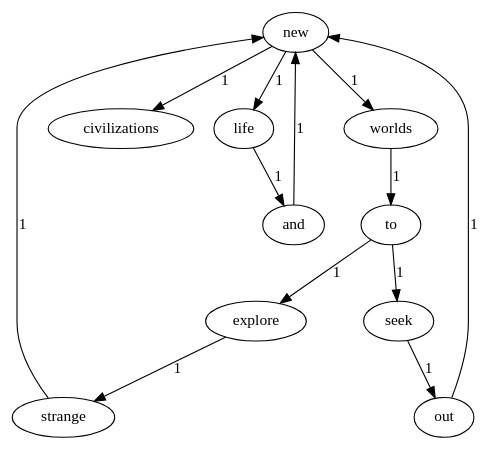
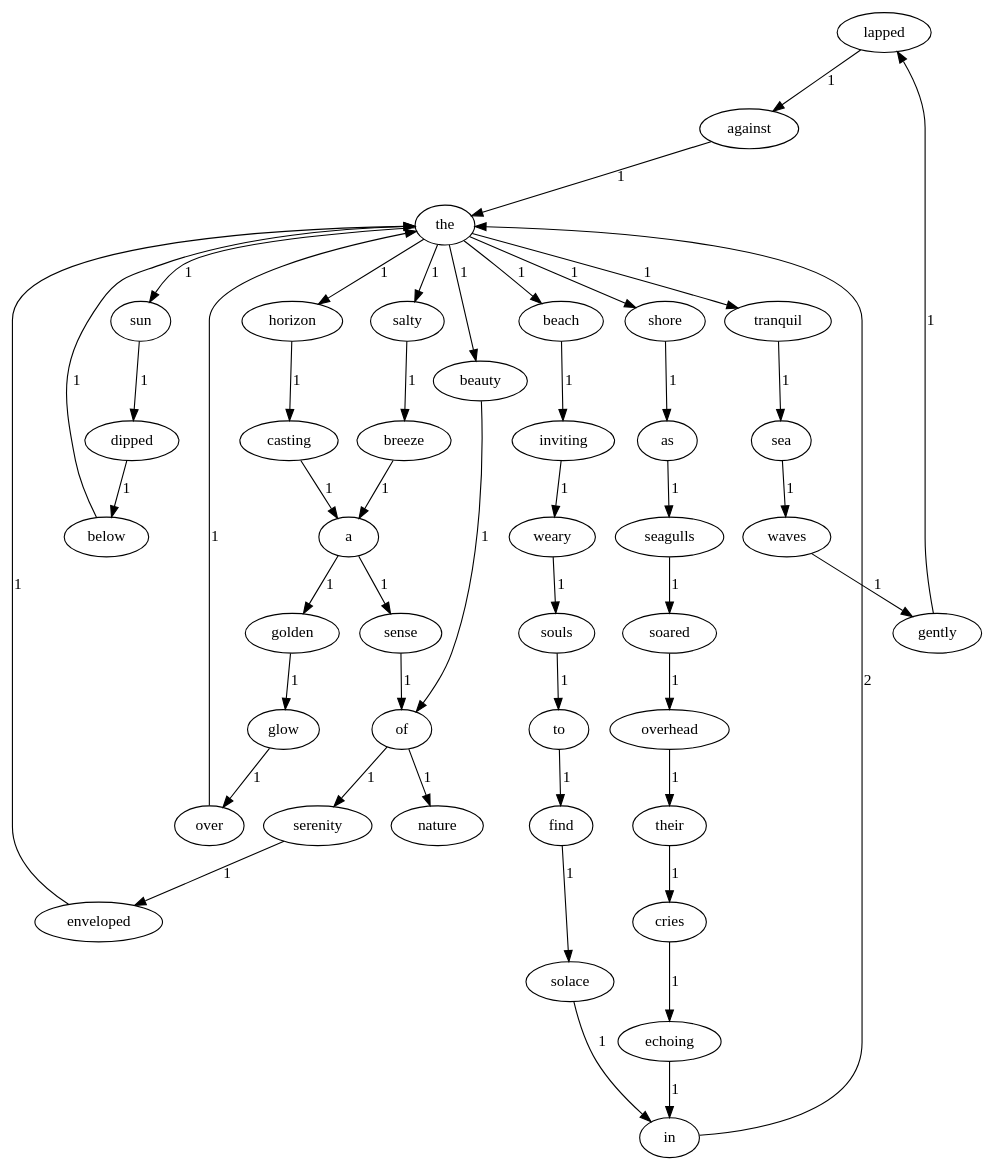
Before and after one commit to worldofmathematics/Lab1-2021113314: the diagram in result/directed_graph.dot, drawn with Graphviz. The commit also changed 15 other files, not shown here.

```diff
--- a/result/directed_graph.dot
+++ b/result/directed_graph.dot
@@ -1,14 +1,49 @@
 digraph G {
-	new -> worlds [label="1"];
-	new -> civilizations [label="1"];
-	new -> life [label="1"];
-	worlds -> to [label="1"];
-	explore -> strange [label="1"];
-	and -> new [label="1"];
-	to -> explore [label="1"];
-	to -> seek [label="1"];
-	seek -> out [label="1"];
-	strange -> new [label="1"];
-	life -> and [label="1"];
-	out -> new [label="1"];
+	lapped -> against [label="1"];
+	serenity -> enveloped [label="1"];
+	dipped -> below [label="1"];
+	beauty -> of [label="1"];
+	against -> the [label="1"];
+	their -> cries [label="1"];
+	enveloped -> the [label="1"];
+	sun -> dipped [label="1"];
+	sea -> waves [label="1"];
+	find -> solace [label="1"];
+	of -> serenity [label="1"];
+	of -> nature [label="1"];
+	golden -> glow [label="1"];
+	casting -> a [label="1"];
+	over -> the [label="1"];
+	waves -> gently [label="1"];
+	cries -> echoing [label="1"];
+	a -> golden [label="1"];
+	a -> sense [label="1"];
+	salty -> breeze [label="1"];
+	inviting -> weary [label="1"];
+	below -> the [label="1"];
+	in -> the [label="2"];
+	overhead -> their [label="1"];
+	weary -> souls [label="1"];
+	shore -> as [label="1"];
+	souls -> to [label="1"];
+	tranquil -> sea [label="1"];
+	sense -> of [label="1"];
+	soared -> overhead [label="1"];
+	breeze -> a [label="1"];
+	echoing -> in [label="1"];
+	the -> salty [label="1"];
+	the -> horizon [label="1"];
+	the -> beauty [label="1"];
+	the -> beach [label="1"];
+	the -> shore [label="1"];
+	the -> tranquil [label="1"];
+	the -> sun [label="1"];
+	horizon -> casting [label="1"];
+	as -> seagulls [label="1"];
+	seagulls -> soared [label="1"];
+	gently -> lapped [label="1"];
+	beach -> inviting [label="1"];
+	to -> find [label="1"];
+	glow -> over [label="1"];
+	solace -> in [label="1"];
 }
```
